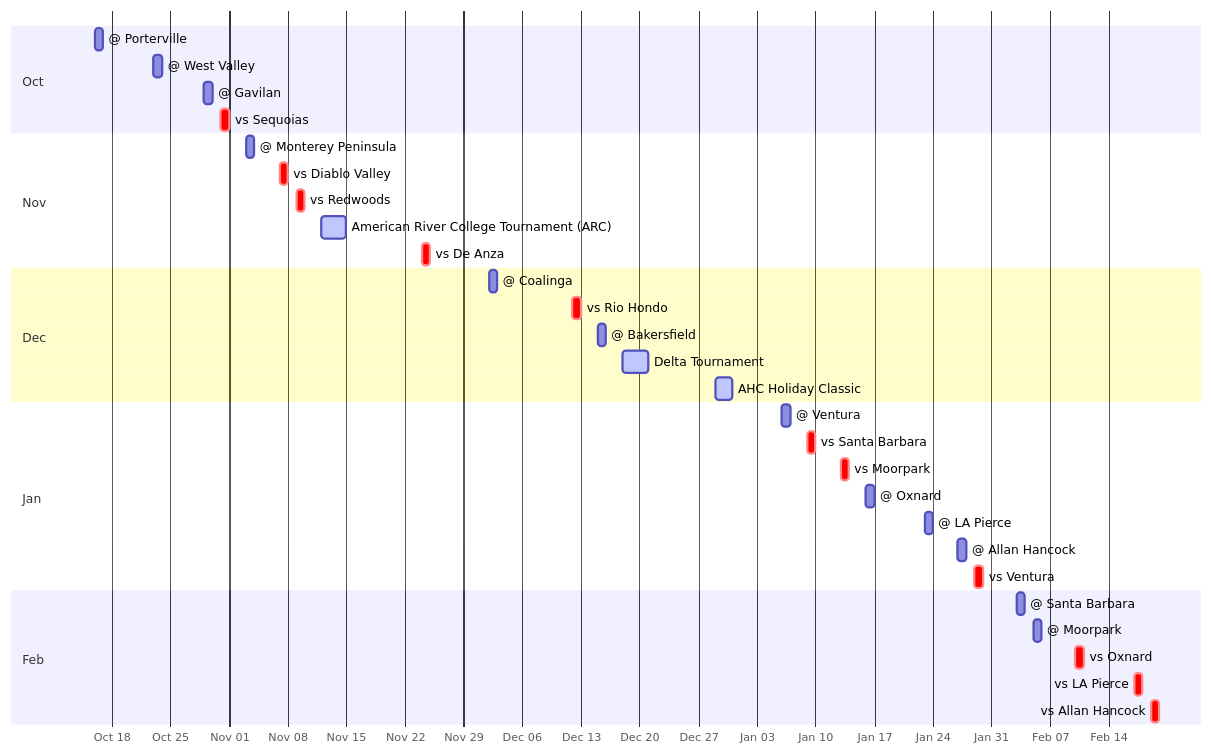
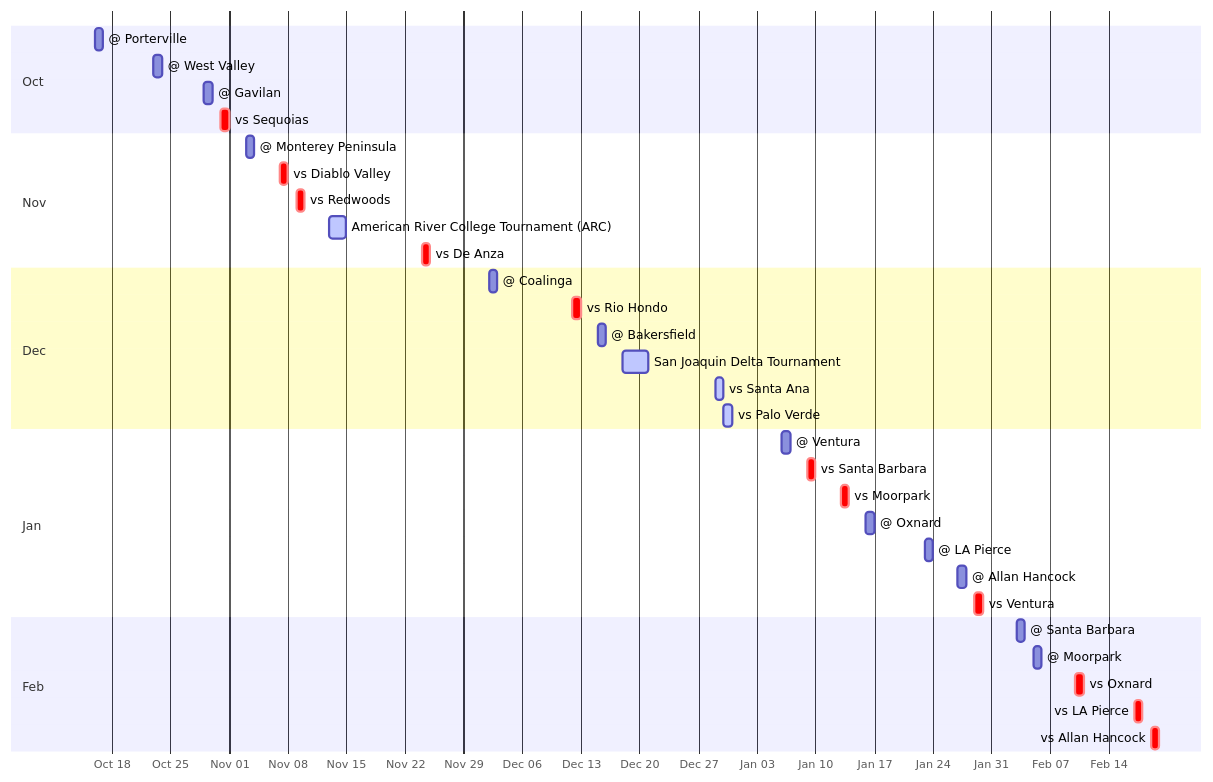
Before and after one commit to johnlinwiz/cuesta-mbb: the diagram in README.md, drawn with Mermaid. The commit also changed other lines of this file and 8 other files, not shown here.

````diff
--- a/README.md
+++ b/README.md
@@ -65,37 +66,38 @@
 ```mermaid
 gantt
     dateFormat YYYY-MM-DD
     axisFormat %b %d
     todayMarker on
     section Oct
     @ Porterville :g20261016porterville, 2026-10-16, 1d
     @ West Valley :g20261023westvalley, 2026-10-23, 1d
     @ Gavilan :g20261029gavilan, 2026-10-29, 1d
     vs Sequoias :crit, g20261031sequoias, 2026-10-31, 1d
     section Nov
     @ Monterey Peninsula :g20261103montereypeninsula, 2026-11-03, 1d
     vs Diablo Valley :crit, g20261107diablovalley, 2026-11-07, 1d
     vs Redwoods :crit, g20261109redwoods, 2026-11-09, 1d
-    American River College Tournament (ARC) :active, g20261112americanrivercollegetournamentarc, 2026-11-12, 3d
+    American River College Tournament (ARC) :active, g20261113americanrivercollegetournamentarc, 2026-11-13, 2d
     vs De Anza :crit, g20261124deanza, 2026-11-24, 1d
     section Dec
     @ Coalinga :g20261202coalinga, 2026-12-02, 1d
     vs Rio Hondo :crit, g20261212riohondo, 2026-12-12, 1d
     @ Bakersfield :g20261215bakersfield, 2026-12-15, 1d
-    Delta Tournament :active, g20261218deltatournament, 2026-12-18, 3d
-    AHC Holiday Classic :active, g20261229ahcholidayclassic, 2026-12-29, 2d
+    San Joaquin Delta Tournament :active, g20261218sanjoaquindeltatournament, 2026-12-18, 3d
+    vs Santa Ana :active, g20261229santaana, 2026-12-29, 1d
+    vs Palo Verde :active, g20261230paloverde, 2026-12-30, 1d
     section Jan
     @ Ventura :g20270106ventura, 2027-01-06, 1d
     vs Santa Barbara :crit, g20270109santabarbara, 2027-01-09, 1d
     vs Moorpark :crit, g20270113moorpark, 2027-01-13, 1d
     @ Oxnard :g20270116oxnard, 2027-01-16, 1d
     @ LA Pierce :g20270123lapierce, 2027-01-23, 1d
     @ Allan Hancock :g20270127allanhancock, 2027-01-27, 1d
     vs Ventura :crit, g20270129ventura, 2027-01-29, 1d
     section Feb
     @ Santa Barbara :g20270203santabarbara, 2027-02-03, 1d
     @ Moorpark :g20270205moorpark, 2027-02-05, 1d
     vs Oxnard :crit, g20270210oxnard, 2027-02-10, 1d
     vs LA Pierce :crit, g20270217lapierce, 2027-02-17, 1d
     vs Allan Hancock :crit, g20270219allanhancock, 2027-02-19, 1d
 ```
````
